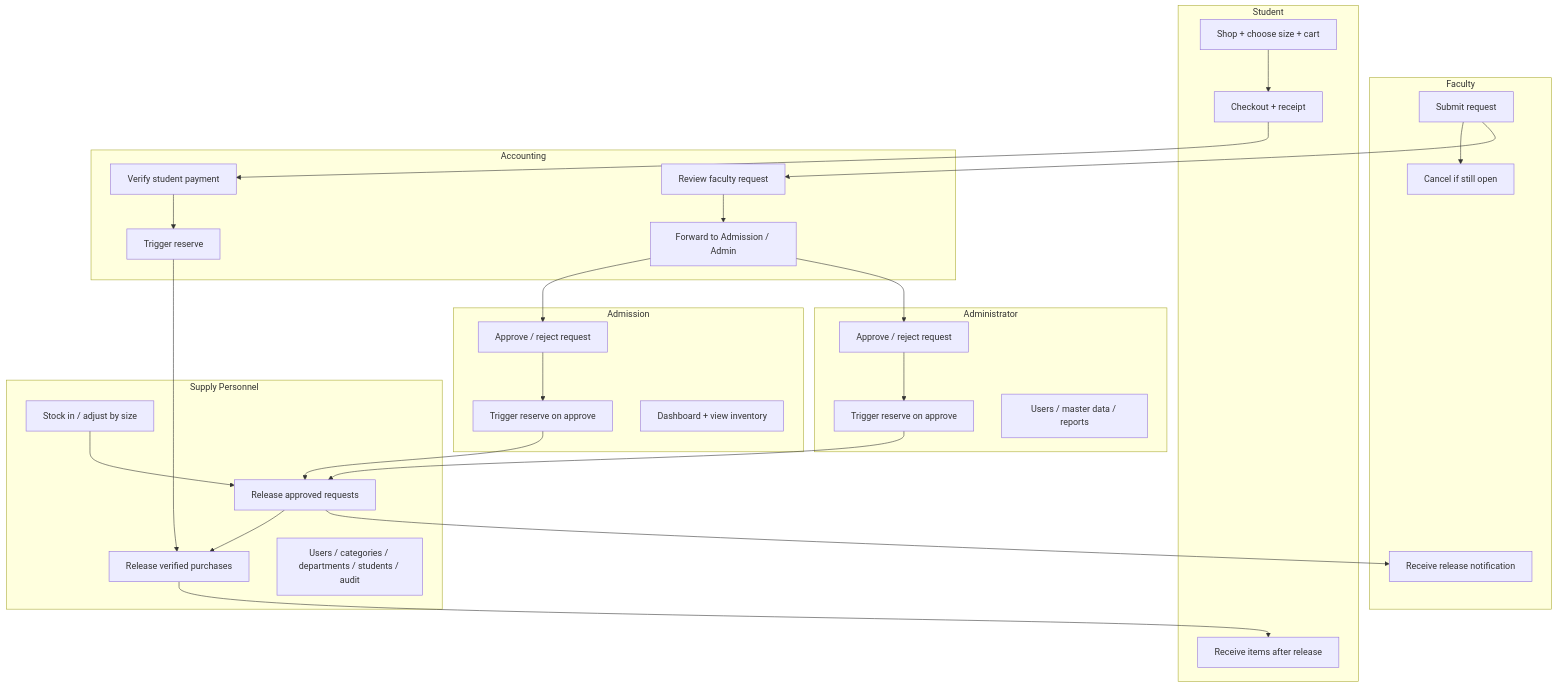
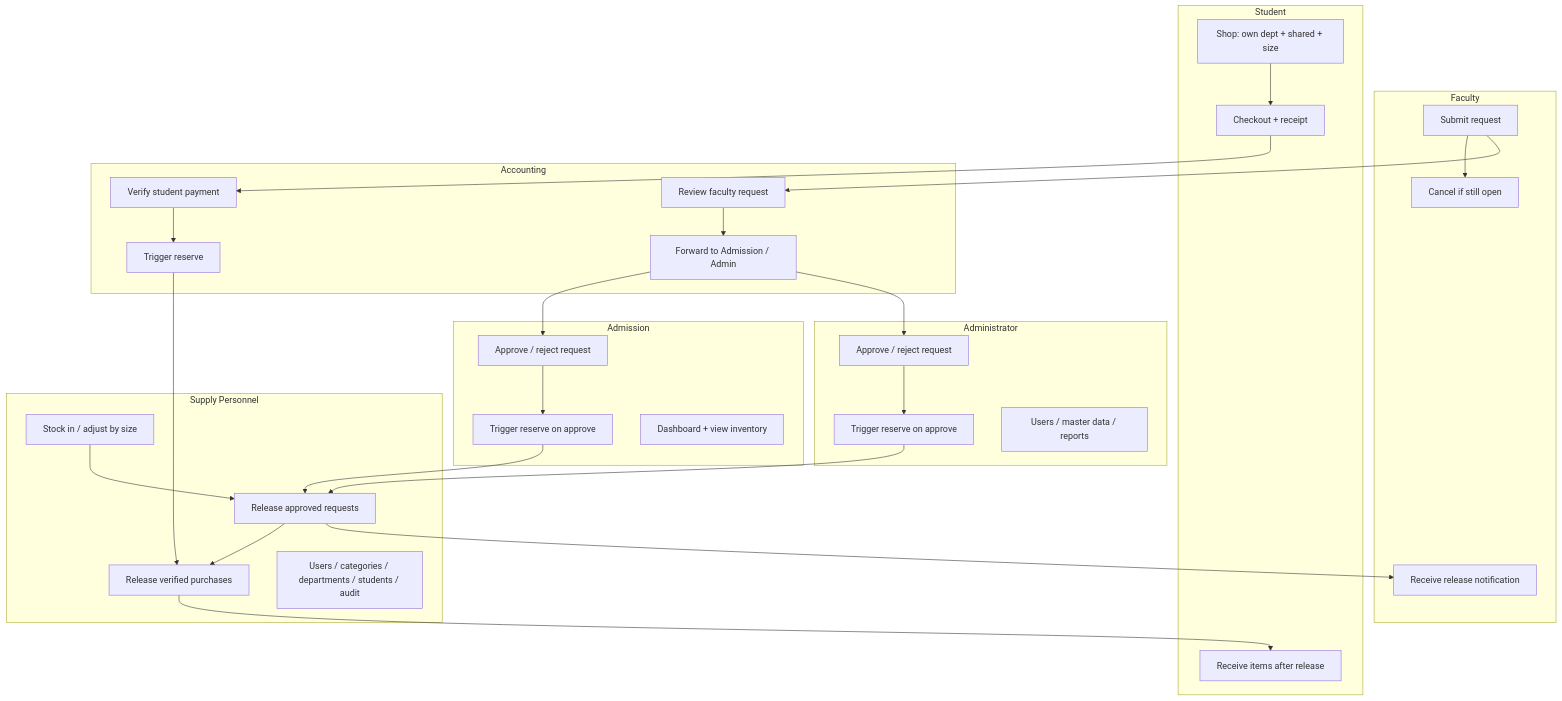
One commit to rhems95/PECIT-Smart-Inventory-System changed the ninth of 9 diagrams in docs/FLOWCHART.md. Above: the diagram before and after it, drawn with Mermaid. The commit also changed other lines of this file and 55 other files, not shown here.

````diff
--- a/docs/FLOWCHART.md
+++ b/docs/FLOWCHART.md
@@ -213,43 +234,43 @@
 ```mermaid
 flowchart TB
     subgraph Faculty
         F1[Submit request] --> F2[Cancel if still open]
         F3[Receive release notification]
     end
 
     subgraph Student
-        S1[Shop + choose size + cart] --> S2[Checkout + receipt]
+        S1[Shop: own dept + shared + size] --> S2[Checkout + receipt]
         S3[Receive items after release]
     end
 
     subgraph Accounting
         A1[Review faculty request] --> A2[Forward to Admission / Admin]
         A3[Verify student payment] --> A4[Trigger reserve]
     end
 
     subgraph Admission
         ADM1[Approve / reject request] --> ADM2[Trigger reserve on approve]
         ADM3[Dashboard + view inventory]
     end
 
     subgraph Administrator
         AD1[Approve / reject request] --> AD2[Trigger reserve on approve]
         AD3[Users / master data / reports]
     end
 
     subgraph Supply Personnel
         SP1[Stock in / adjust by size] --> SP2[Release approved requests]
         SP2 --> SP3[Release verified purchases]
         SP4[Users / categories / departments / students / audit]
     end
 
     F1 --> A1
     A2 --> ADM1
     A2 --> AD1
     ADM2 --> SP2
     AD2 --> SP2
     SP2 --> F3
     S2 --> A3
     A4 --> SP3
     SP3 --> S3
 ```
````
